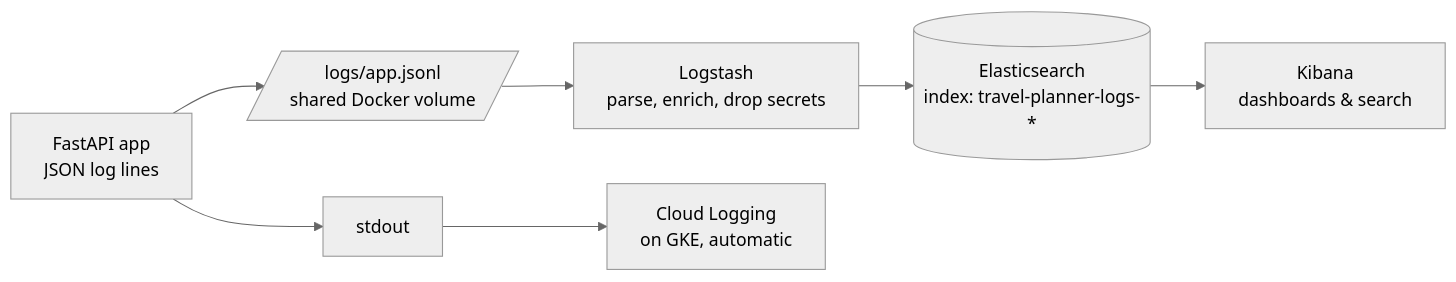
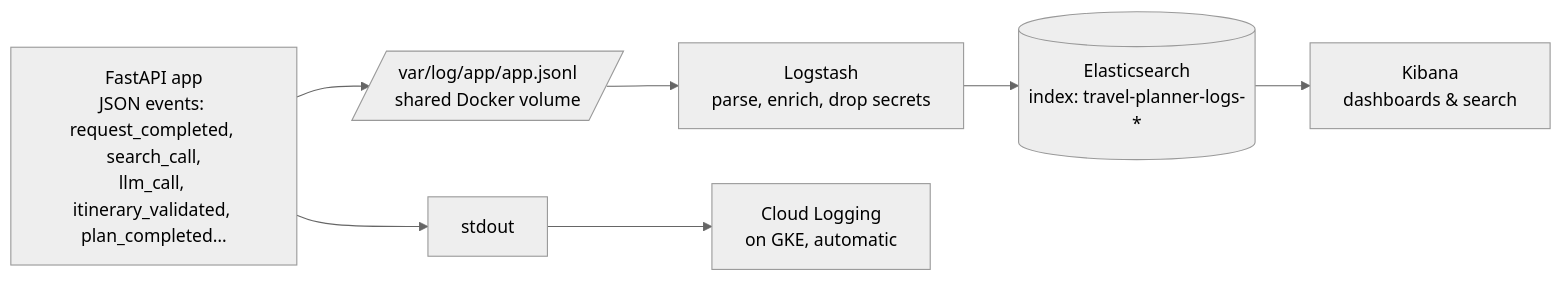
Before and after one commit to smartcharan12/ai-travel-planner: the sixth of 8 diagrams in ARCHITECTURE.md, drawn with Mermaid (neutral theme). The commit also changed other lines of this file and 181 other files, not shown here.

Commit message:
Complete AI travel planner production architecture

````diff
--- a/ARCHITECTURE.md
+++ b/ARCHITECTURE.md
@@ -244,9 +289,9 @@
 ```mermaid
 flowchart LR
-    APP[FastAPI app<br/>JSON log lines] --> OUT[stdout]
-    APP --> FILE[/logs/app.jsonl<br/>shared Docker volume/]
+    APP[FastAPI app<br/>JSON events: request_completed, search_call,<br/>llm_call, itinerary_validated, plan_completed…] --> OUT[stdout]
+    APP --> FILE[/var/log/app/app.jsonl<br/>shared Docker volume/]
     FILE --> LS[Logstash<br/>parse, enrich, drop secrets]
     LS --> ES[(Elasticsearch<br/>index: travel-planner-logs-*)]
     ES --> KB[Kibana<br/>dashboards & search]
     OUT --> CL[Cloud Logging<br/>on GKE, automatic]
 ```
````
